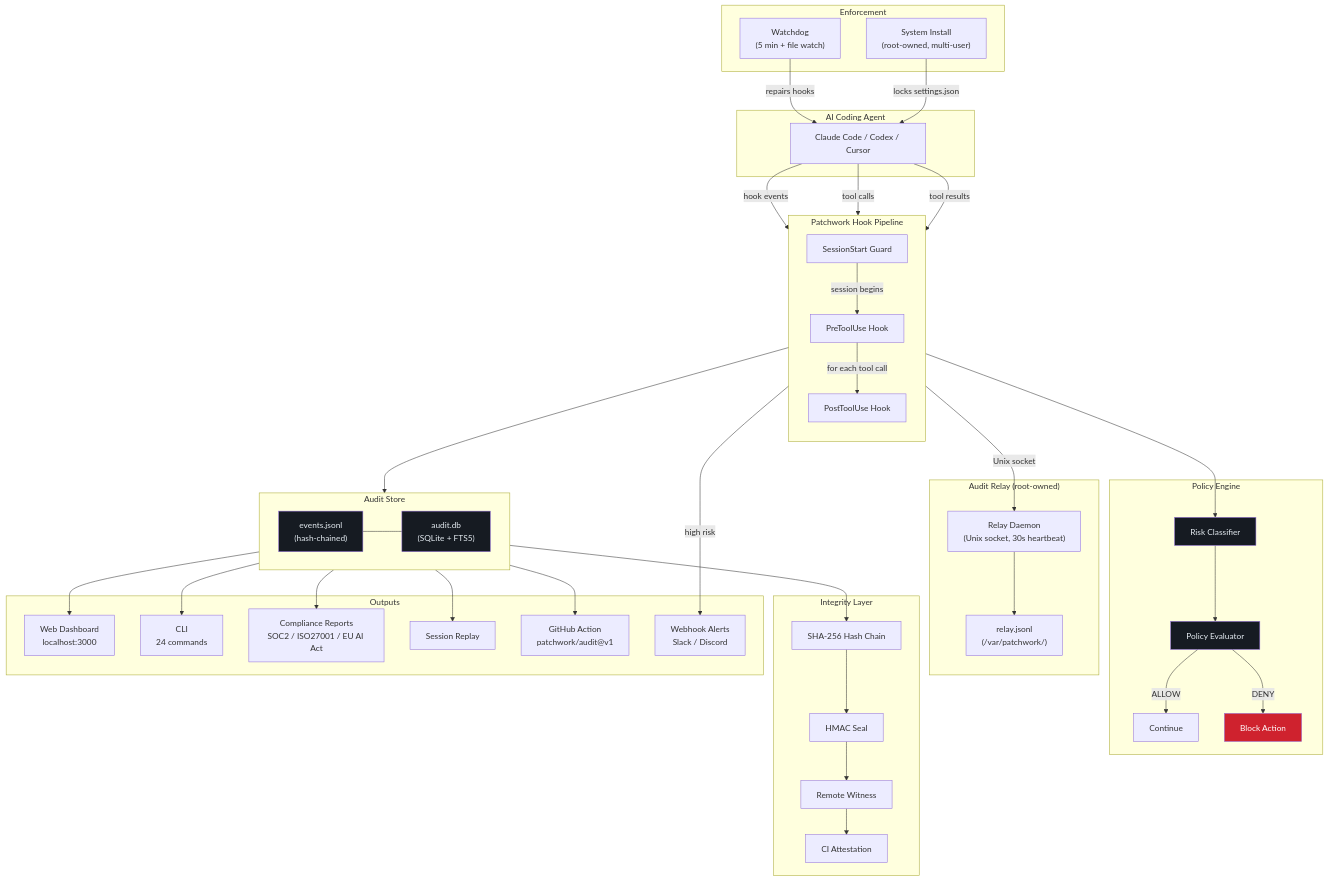
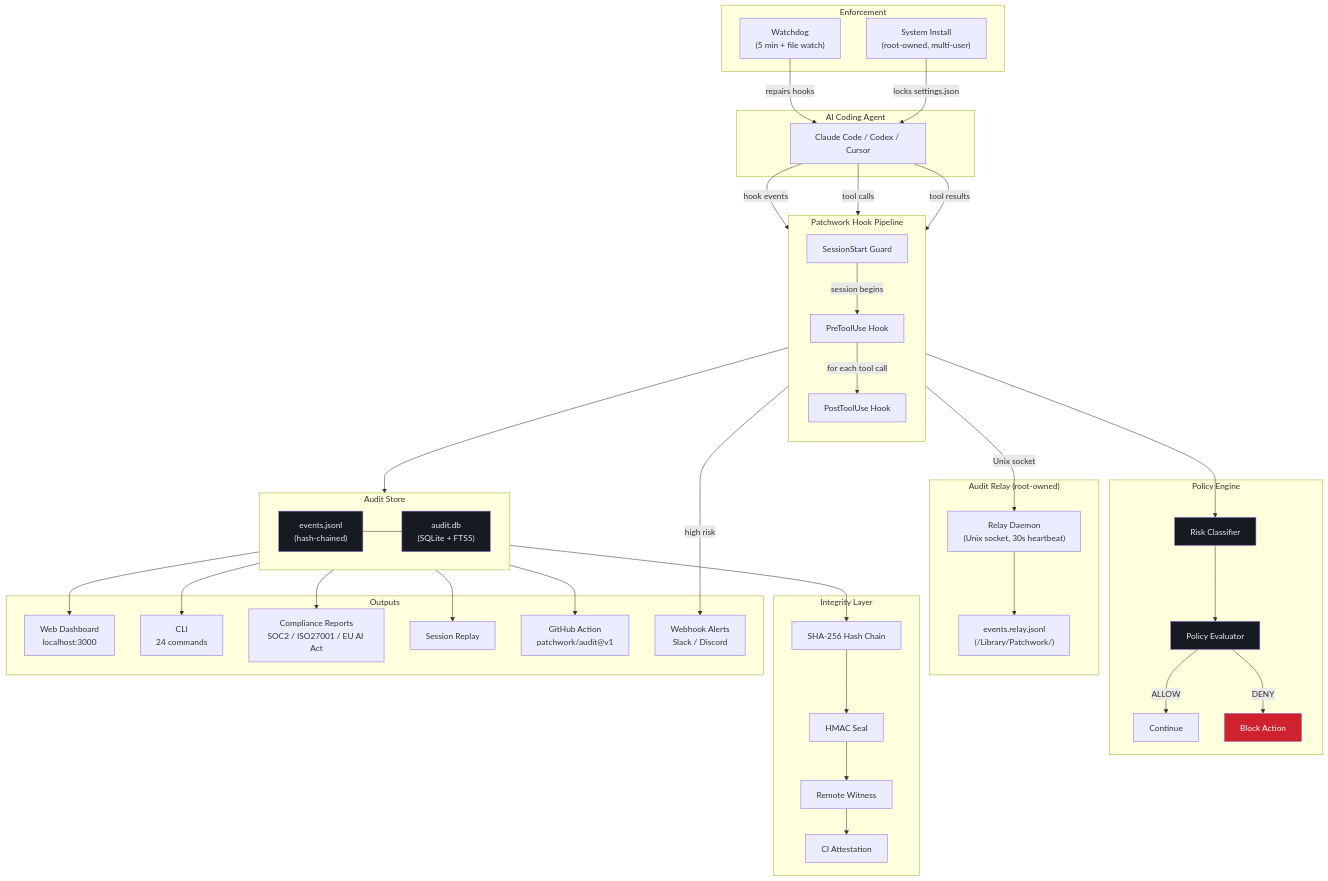
The diagram in README.md (JonoGitty/patchwork-audit), drawn with Mermaid before and after one commit. The commit also changed other lines of this file and 4 other files, not shown here.

```diff
--- a/README.md
+++ b/README.md
@@ -391,7 +409,7 @@
 
     subgraph "Audit Relay (root-owned)"
         RD["Relay Daemon\n(Unix socket, 30s heartbeat)"]
-        RL["relay.jsonl\n(/var/patchwork/)"]
+        RL["events.relay.jsonl\n(/Library/Patchwork/)"]
         RD --> RL
     end
 
```
